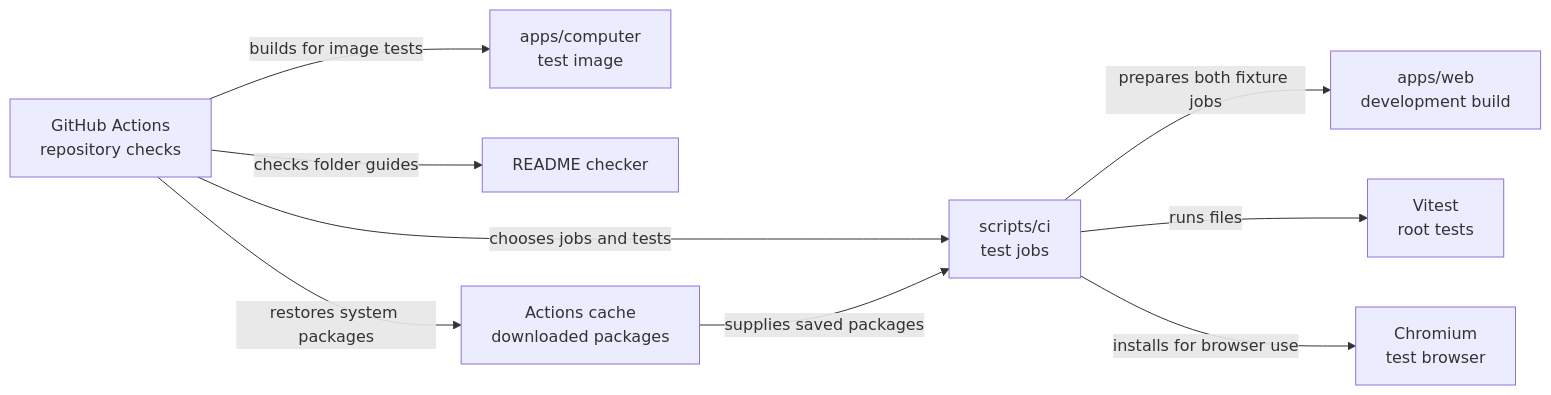
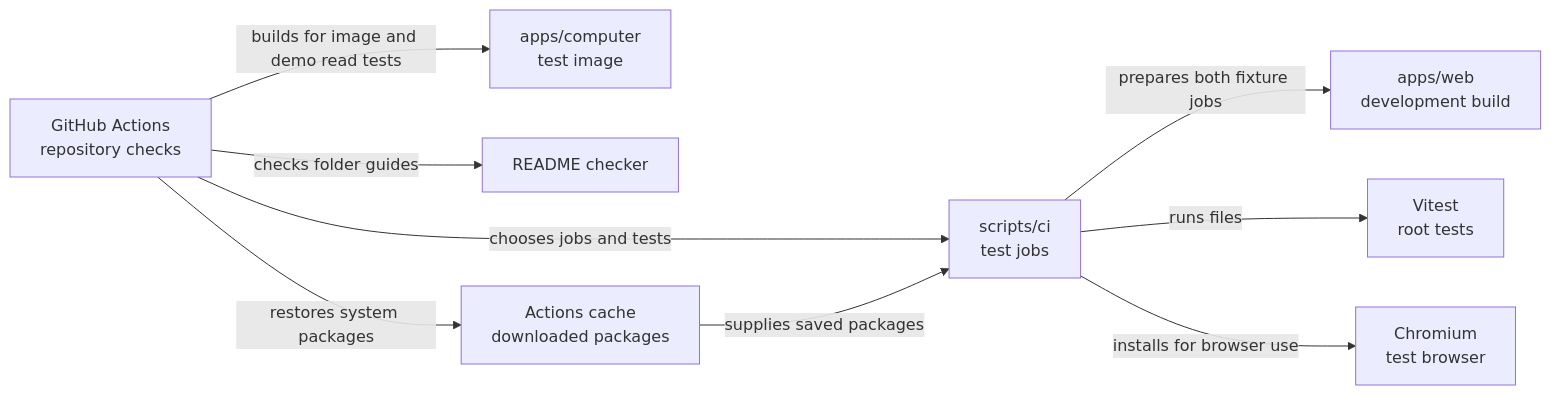
The diagram in scripts/ci/README.md (elewa-git/opencrane-new), drawn with Mermaid before and after one commit. The commit also changed other lines of this file and 25 other files, not shown here.

Commit message:
🛠️ Fix demo read turns and custom tool continuations

````diff
--- a/scripts/ci/README.md
+++ b/scripts/ci/README.md
@@ -13,11 +13,11 @@
 ```mermaid
 flowchart LR
   actions["GitHub Actions<br/>repository checks"] -->|chooses jobs and tests| ci["scripts/ci<br/>test jobs"]
   ci -->|prepares both fixture jobs| web["apps/web<br/>development build"]
   ci -->|runs files| vitest["Vitest<br/>root tests"]
-  actions -->|builds for image tests| computer["apps/computer<br/>test image"]
+  actions -->|builds for image and demo read tests| computer["apps/computer<br/>test image"]
   actions -->|checks folder guides| readmes["README checker"]
   ci -->|installs for browser use| chromium["Chromium<br/>test browser"]
   actions -->|restores system packages| cache["Actions cache<br/>downloaded packages"]
   cache -->|supplies saved packages| ci
 ```
````
